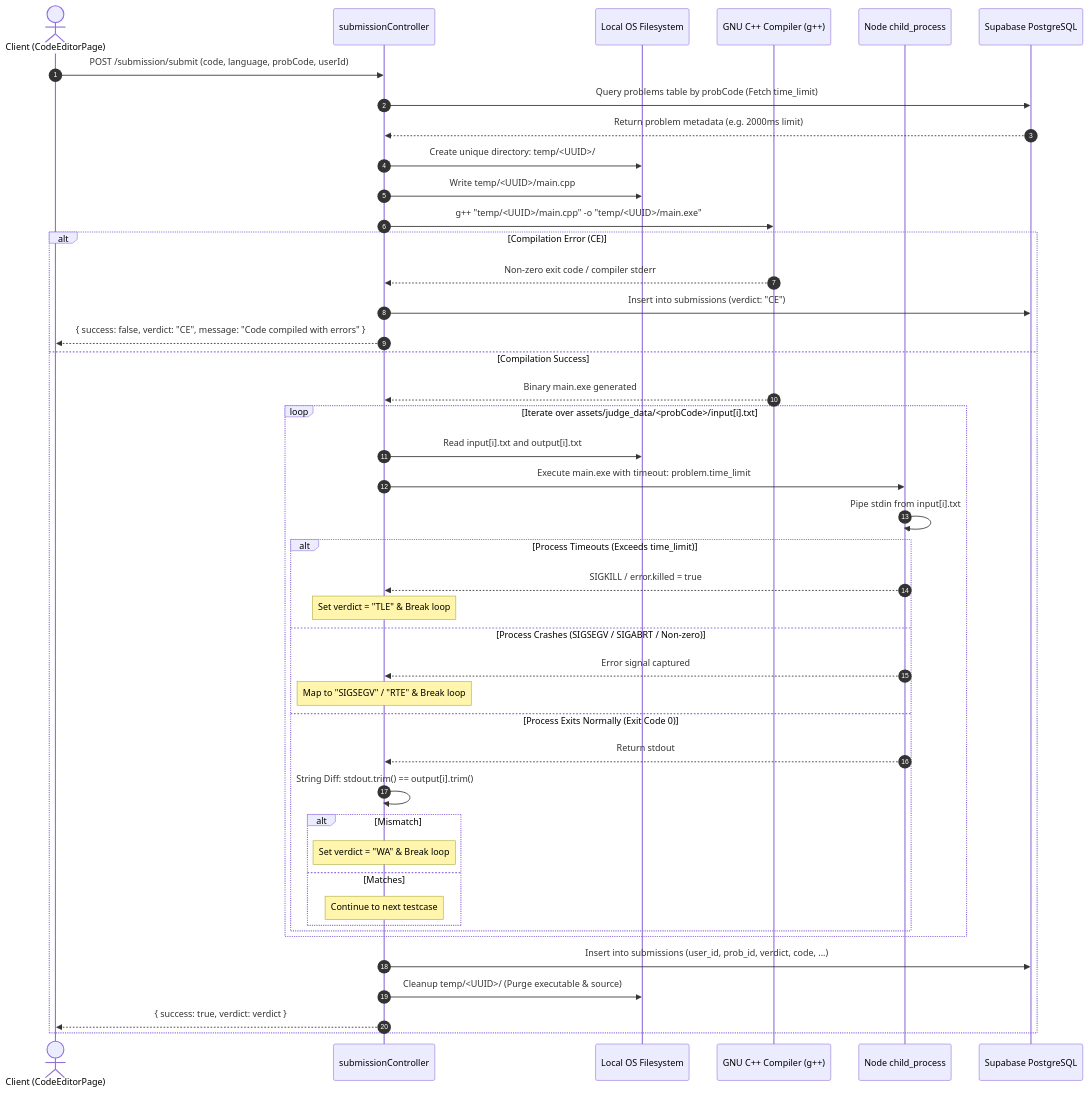
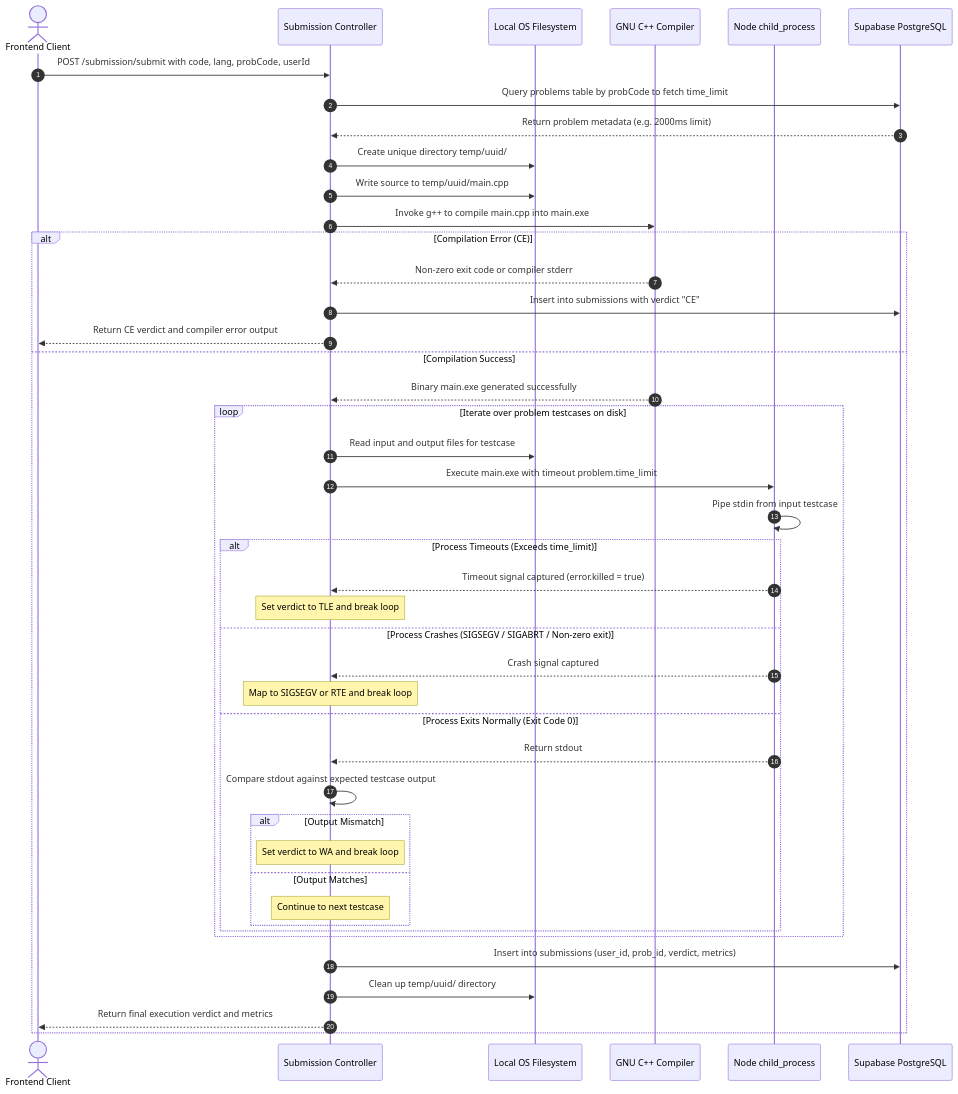
One commit to Master-Bruce-Wayne/Code-It-Up changed the second of 5 diagrams in docs/SYSTEM_ARCHITECTURE_DETAILED.md. Above: the diagram before and after it, drawn with Mermaid. The commit also changed other lines of this file and 2 other files, not shown here.

Commit message:
fix(docs): resolve Mermaid diagram preview rendering errors across all documentation

````diff
--- a/docs/SYSTEM_ARCHITECTURE_DETAILED.md
+++ b/docs/SYSTEM_ARCHITECTURE_DETAILED.md
@@ -196,49 +199,49 @@
 ```mermaid
 sequenceDiagram
     autonumber
-    actor User as Client (CodeEditorPage)
-    participant SubSvc as submissionController
+    actor User as Frontend Client
+    participant SubSvc as Submission Controller
     participant OS_FS as Local OS Filesystem
-    participant GCC as GNU C++ Compiler (g++)
+    participant GCC as GNU C++ Compiler
     participant Proc as Node child_process
     participant DB as Supabase PostgreSQL
 
-    User->>SubSvc: POST /submission/submit (code, language, probCode, userId)
-    SubSvc->>DB: Query problems table by probCode (Fetch time_limit)
+    User->>SubSvc: POST /submission/submit with code, lang, probCode, userId
+    SubSvc->>DB: Query problems table by probCode to fetch time_limit
     DB-->>SubSvc: Return problem metadata (e.g. 2000ms limit)
-    SubSvc->>OS_FS: Create unique directory: temp/<UUID>/
-    SubSvc->>OS_FS: Write temp/<UUID>/main.cpp
-    SubSvc->>GCC: g++ "temp/<UUID>/main.cpp" -o "temp/<UUID>/main.exe"
+    SubSvc->>OS_FS: Create unique directory temp/uuid/
+    SubSvc->>OS_FS: Write source to temp/uuid/main.cpp
+    SubSvc->>GCC: Invoke g++ to compile main.cpp into main.exe
     
     alt Compilation Error (CE)
-        GCC-->>SubSvc: Non-zero exit code / compiler stderr
-        SubSvc->>DB: Insert into submissions (verdict: "CE")
-        SubSvc-->>User: { success: false, verdict: "CE", message: "Code compiled with errors" }
+        GCC-->>SubSvc: Non-zero exit code or compiler stderr
+        SubSvc->>DB: Insert into submissions with verdict "CE"
+        SubSvc-->>User: Return CE verdict and compiler error output
     else Compilation Success
-        GCC-->>SubSvc: Binary main.exe generated
-        loop Iterate over assets/judge_data/<probCode>/input[i].txt
-            SubSvc->>OS_FS: Read input[i].txt and output[i].txt
-            SubSvc->>Proc: Execute main.exe with timeout: problem.time_limit
-            Proc->>Proc: Pipe stdin from input[i].txt
+        GCC-->>SubSvc: Binary main.exe generated successfully
+        loop Iterate over problem testcases on disk
+            SubSvc->>OS_FS: Read input and output files for testcase
+            SubSvc->>Proc: Execute main.exe with timeout problem.time_limit
+            Proc->>Proc: Pipe stdin from input testcase
             
             alt Process Timeouts (Exceeds time_limit)
-                Proc-->>SubSvc: SIGKILL / error.killed = true
-                Note over SubSvc: Set verdict = "TLE" & Break loop
-            else Process Crashes (SIGSEGV / SIGABRT / Non-zero)
-                Proc-->>SubSvc: Error signal captured
-                Note over SubSvc: Map to "SIGSEGV" / "RTE" & Break loop
+                Proc-->>SubSvc: Timeout signal captured (error.killed = true)
+                Note over SubSvc: Set verdict to TLE and break loop
+            else Process Crashes (SIGSEGV / SIGABRT / Non-zero exit)
+                Proc-->>SubSvc: Crash signal captured
+                Note over SubSvc: Map to SIGSEGV or RTE and break loop
             else Process Exits Normally (Exit Code 0)
                 Proc-->>SubSvc: Return stdout
-                SubSvc->>SubSvc: String Diff: stdout.trim() == output[i].trim()
-                alt Mismatch
-                    Note over SubSvc: Set verdict = "WA" & Break loop
-                else Matches
+                SubSvc->>SubSvc: Compare stdout against expected testcase output
+                alt Output Mismatch
+                    Note over SubSvc: Set verdict to WA and break loop
+                else Output Matches
                     Note over SubSvc: Continue to next testcase
                 end
             end
         end
-        SubSvc->>DB: Insert into submissions (user_id, prob_id, verdict, code, ...)
-        SubSvc->>OS_FS: Cleanup temp/<UUID>/ (Purge executable & source)
-        SubSvc-->>User: { success: true, verdict: verdict }
+        SubSvc->>DB: Insert into submissions (user_id, prob_id, verdict, metrics)
+        SubSvc->>OS_FS: Clean up temp/uuid/ directory
+        SubSvc-->>User: Return final execution verdict and metrics
     end
 ```
````
